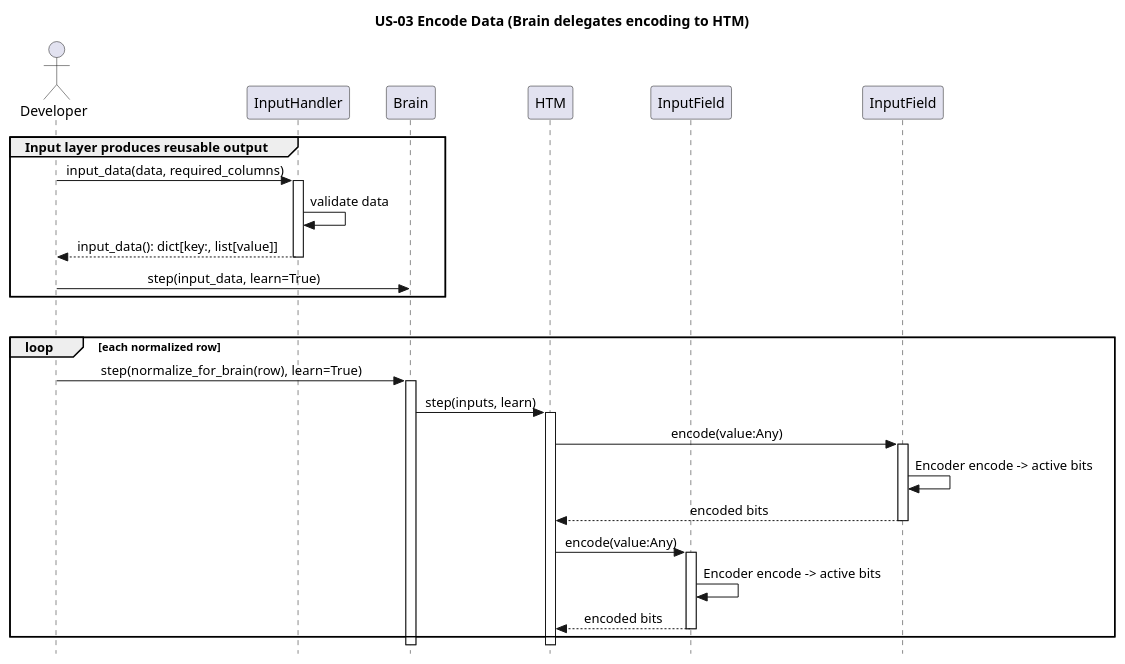
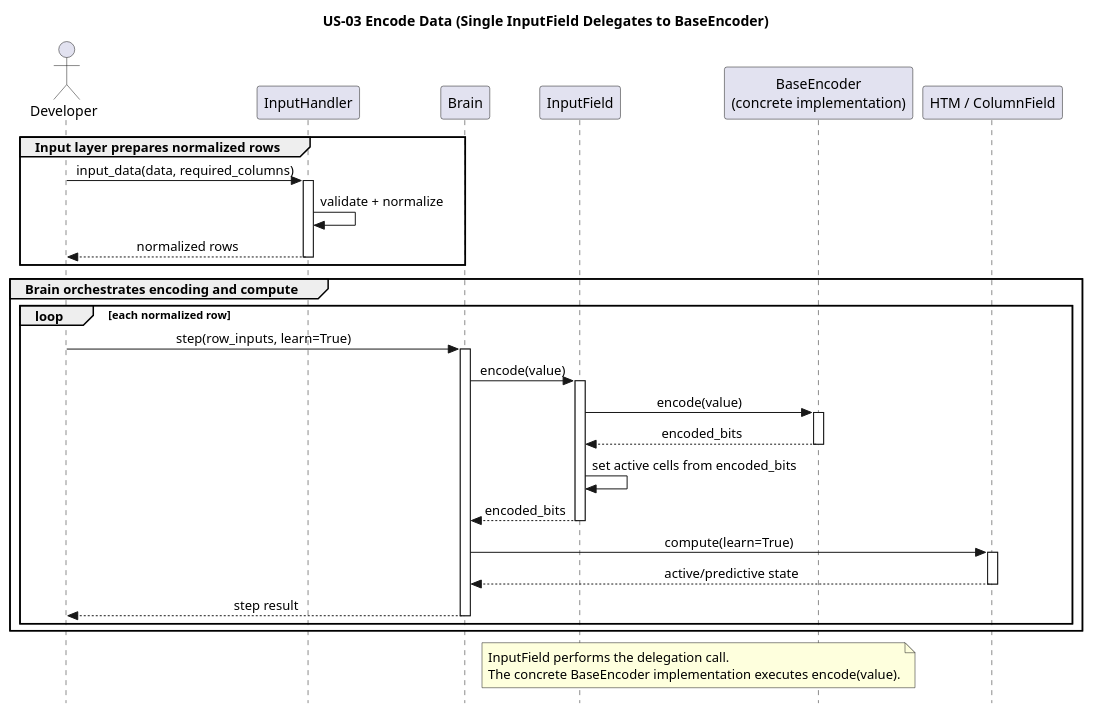
Before and after one commit to egrembocki/htmrl: the diagram in docs/puml/US/us-03.puml, drawn with PlantUML. The commit also changed 4 other files, not shown here.

Commit message:
docs: fix US-11 to show Brain/HTM as prediction source

```diff
--- a/docs/puml/US/us-03.puml
+++ b/docs/puml/US/us-03.puml
@@ -1,45 +1,52 @@
 @startuml
 skinparam style strictuml
 skinparam sequenceMessageAlign center
 skinparam responseMessageBelowArrow true
-title US-03 Encode Data (Brain delegates encoding to HTM)
+
+title US-03 Encode Data (Single InputField Delegates to BaseEncoder)
 
 actor Developer
 participant "InputHandler" as IH
 participant "Brain" as B
-participant "HTM" as H
-participant "InputField" as IFTS
-participant "InputField" as IFKWH
+participant "InputField" as IF
+participant "BaseEncoder\n(concrete implementation)" as BE
+participant "HTM / ColumnField" as H
 
-group Input layer produces reusable output
+group Input layer prepares normalized rows
   Developer -> IH: input_data(data, required_columns)
   activate IH
-  IH -> IH: validate data
-  IH --> Developer: input_data(): dict[key:, list[value]]
-
+  IH -> IH: validate + normalize
+  IH --> Developer: normalized rows
   deactivate IH
-  Developer -> B: step(input_data, learn=True)
 end
 
-group Brain delegates encoding/computation to HTM
+group Brain orchestrates encoding and compute
   loop each normalized row
-    Developer -> B: step(normalize_for_brain(row), learn=True)
+    Developer -> B: step(row_inputs, learn=True)
     activate B
-    B -> H: step(inputs, learn)
+
+    B -> IF: encode(value)
+    activate IF
+    IF -> BE: encode(value)
+    activate BE
+    BE --> IF: encoded_bits
+    deactivate BE
+    IF -> IF: set active cells from encoded_bits
+    IF --> B: encoded_bits
+    deactivate IF
+
+    B -> H: compute(learn=True)
     activate H
+    H --> B: active/predictive state
+    deactivate H
 
-    H -> IFKWH: encode(value:Any)
-    activate IFKWH
-    IFKWH -> IFKWH: Encoder encode -> active bits
-    IFKWH --> H: encoded bits
-    deactivate IFKWH
+    B --> Developer: step result
+    deactivate B
+  end
+end
 
-    H -> IFTS: encode(value:Any)
-    activate IFTS
-    IFTS -> IFTS: Encoder encode -> active bits
-    IFTS --> H: encoded bits
-    deactivate IFTS
-
-  
-end
+note over IF,BE
+InputField performs the delegation call.
+The concrete BaseEncoder implementation executes encode(value).
+end note
 @enduml
```
